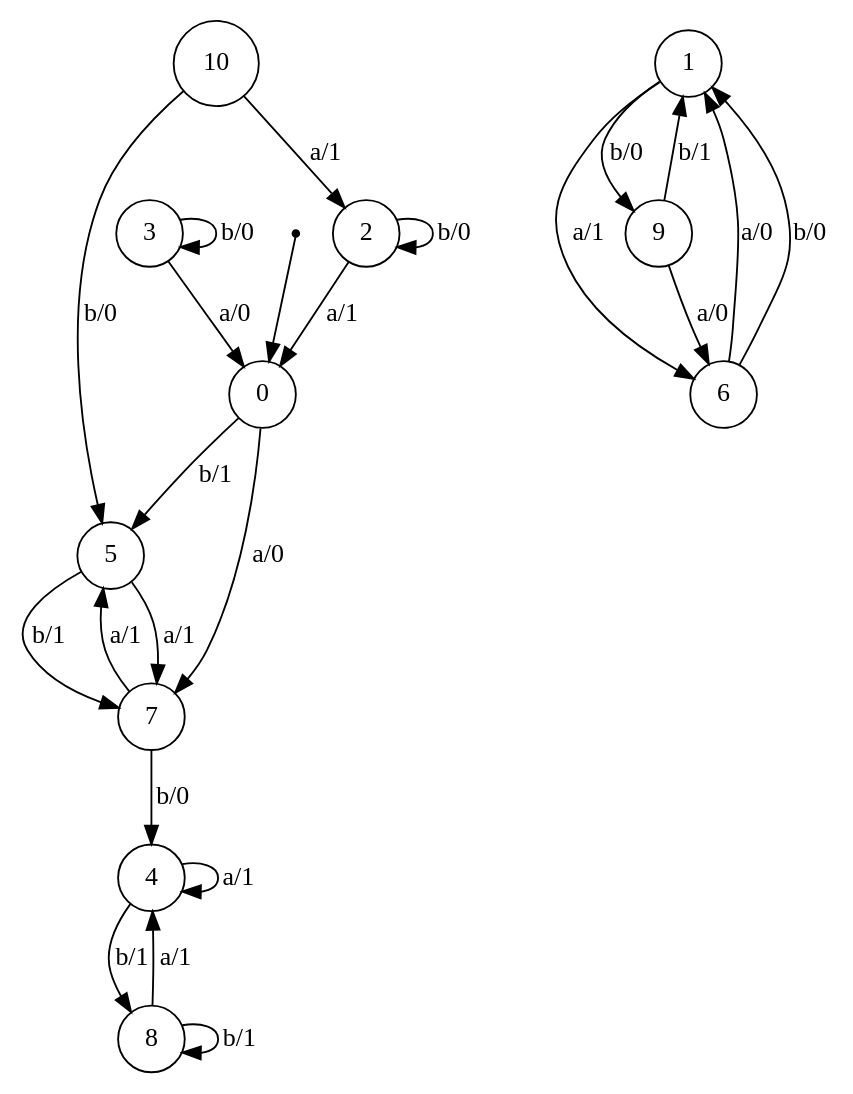
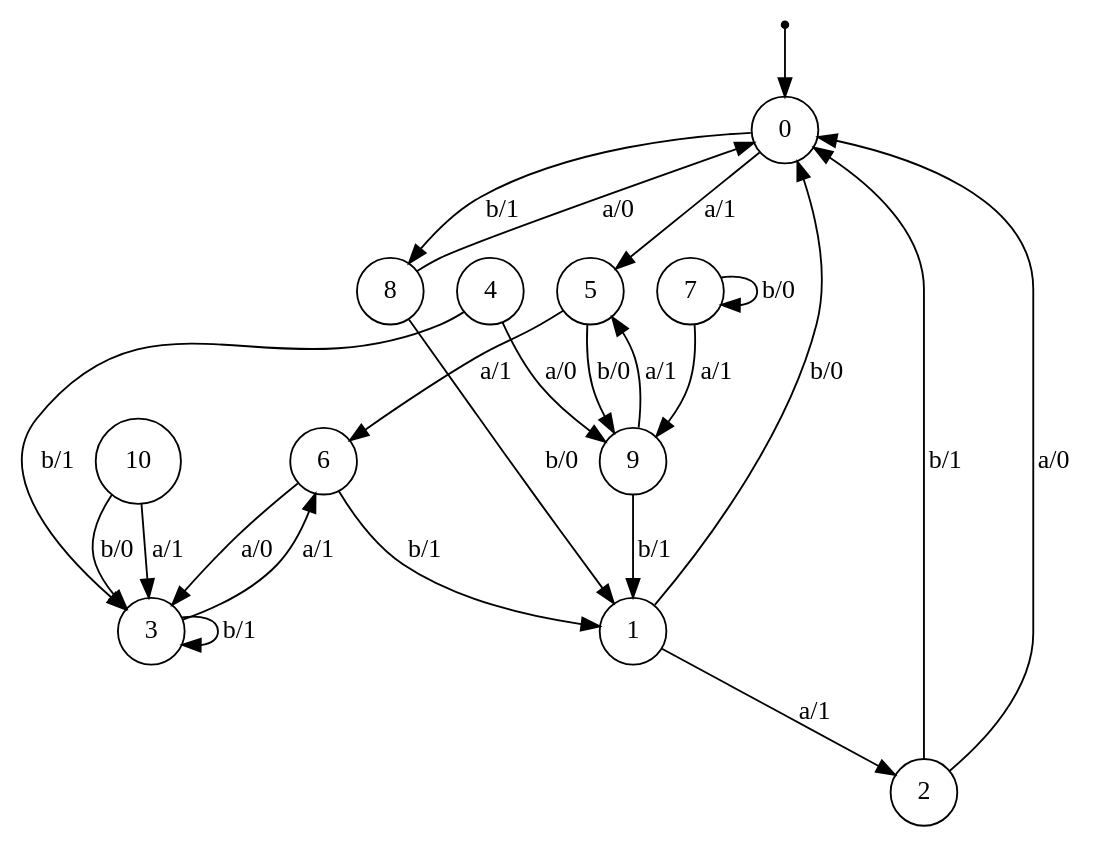
Before and after one commit to gaellinkeu/RNN-for-Mealy-Machines: the diagram in FSMs_visuals/fsm9.dot, drawn with Graphviz. The commit also changed 369 other files, not shown here.

```diff
--- a/FSMs_visuals/fsm9.dot
+++ b/FSMs_visuals/fsm9.dot
@@ -1,59 +1,59 @@
 digraph fsm{
 	s_0 [label="0" shape="circle"]
 	s_1 [label="1" shape="circle"]
 	s_2 [label="2" shape="circle"]
 	s_3 [label="3" shape="circle"]
 	s_4 [label="4" shape="circle"]
 	s_5 [label="5" shape="circle"]
 	s_6 [label="6" shape="circle"]
 	s_7 [label="7" shape="circle"]
 	s_8 [label="8" shape="circle"]
 	s_9 [label="9" shape="circle"]
 	s_10 [label="10" shape="circle"]
 	qi [shape = point]
 	qi -> s_0
 	
-	s_0 -> s_7 [label="a/0"]
+	s_6 -> s_1 [label="b/1"]
 	
-	s_0 -> s_5 [label="b/1"]
+	s_6 -> s_3 [label="a/0"]
 	
-	s_1 -> s_6 [label="a/1"]
+	s_2 -> s_0 [label="b/1"]
 	
-	s_1 -> s_9 [label="b/0"]
+	s_1 -> s_2 [label="a/1"]
 	
-	s_2 -> s_0 [label="a/1"]
+	s_8 -> s_1 [label="b/0"]
 	
-	s_2 -> s_2 [label="b/0"]
+	s_5 -> s_9 [label="b/0"]
 	
-	s_3 -> s_0 [label="a/0"]
-	
-	s_3 -> s_3 [label="b/0"]
-	
-	s_4 -> s_4 [label="a/1"]
-	
-	s_4 -> s_8 [label="b/1"]
-	
-	s_5 -> s_7 [label="a/1"]
-	
-	s_5 -> s_7 [label="b/1"]
-	
-	s_6 -> s_1 [label="a/0"]
-	
-	s_6 -> s_1 [label="b/0"]
-	
-	s_7 -> s_5 [label="a/1"]
-	
-	s_7 -> s_4 [label="b/0"]
-	
-	s_8 -> s_4 [label="a/1"]
-	
-	s_8 -> s_8 [label="b/1"]
-	
-	s_9 -> s_6 [label="a/0"]
+	s_0 -> s_8 [label="b/1"]
 	
 	s_9 -> s_1 [label="b/1"]
 	
-	s_10 -> s_2 [label="a/1"]
+	s_10 -> s_3 [label="a/1"]
 	
-	s_10 -> s_5 [label="b/0"]
+	s_4 -> s_3 [label="b/1"]
+	
+	s_3 -> s_6 [label="a/1"]
+	
+	s_8 -> s_0 [label="a/0"]
+	
+	s_9 -> s_5 [label="a/1"]
+	
+	s_7 -> s_7 [label="b/0"]
+	
+	s_4 -> s_9 [label="a/0"]
+	
+	s_3 -> s_3 [label="b/1"]
+	
+	s_7 -> s_9 [label="a/1"]
+	
+	s_2 -> s_0 [label="a/0"]
+	
+	s_1 -> s_0 [label="b/0"]
+	
+	s_5 -> s_6 [label="a/1"]
+	
+	s_0 -> s_5 [label="a/1"]
+	
+	s_10 -> s_3 [label="b/0"]
 }
```
